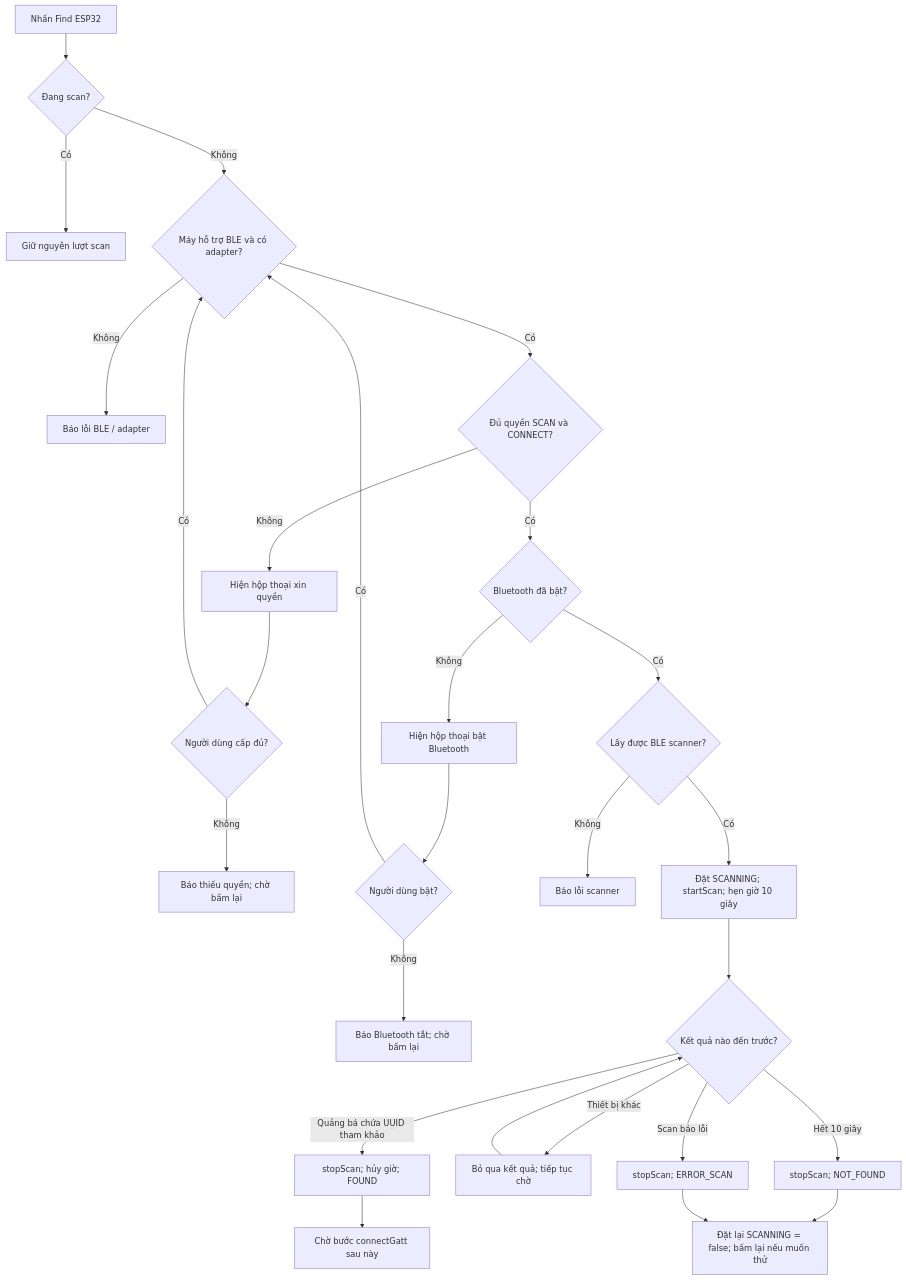
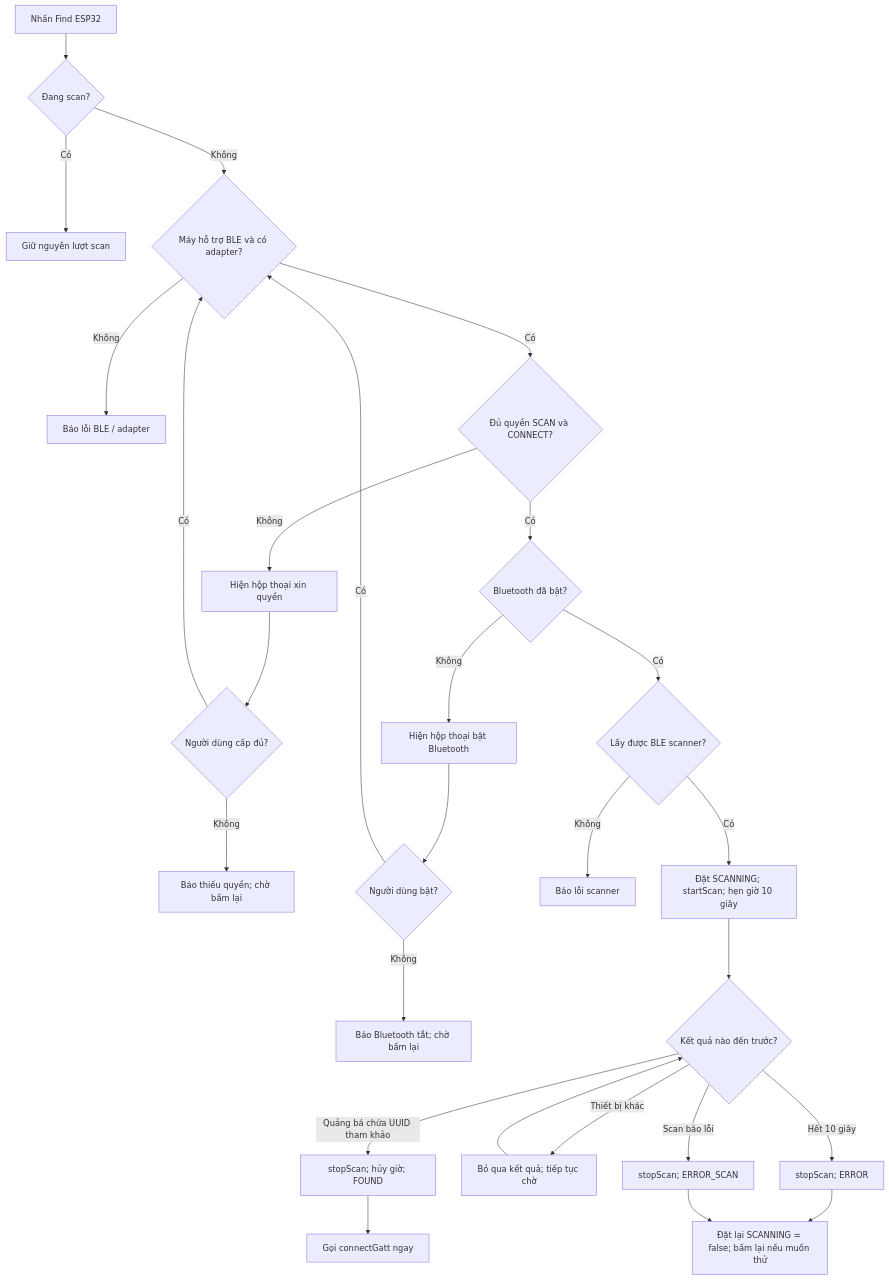
The diagram in BLE_SCAN_FLOW.md (NTHieu-bk/SmartKeyAccess), drawn with Mermaid before and after one commit. The commit also changed other lines of this file and 7 other files, not shown here.

````diff
--- a/BLE_SCAN_FLOW.md
+++ b/BLE_SCAN_FLOW.md
@@ -5,29 +5,29 @@
 ```mermaid
 flowchart TD
     A[Nhấn Find ESP32] --> B{Đang scan?}
     B -- Có --> Z[Giữ nguyên lượt scan]
     B -- Không --> C{Máy hỗ trợ BLE và có adapter?}
     C -- Không --> C1[Báo lỗi BLE / adapter]
     C -- Có --> D{Đủ quyền SCAN và CONNECT?}
     D -- Không --> D1[Hiện hộp thoại xin quyền]
     D1 --> D2{Người dùng cấp đủ?}
     D2 -- Không --> D3[Báo thiếu quyền; chờ bấm lại]
     D2 -- Có --> C
     D -- Có --> E{Bluetooth đã bật?}
     E -- Không --> E1[Hiện hộp thoại bật Bluetooth]
     E1 --> E2{Người dùng bật?}
     E2 -- Không --> E3[Báo Bluetooth tắt; chờ bấm lại]
     E2 -- Có --> C
     E -- Có --> F{Lấy được BLE scanner?}
     F -- Không --> F1[Báo lỗi scanner]
     F -- Có --> G[Đặt SCANNING; startScan; hẹn giờ 10 giây]
     G --> H{Kết quả nào đến trước?}
     H -- Quảng bá chứa UUID tham khảo --> I[stopScan; hủy giờ; FOUND]
     H -- Thiết bị khác --> H1[Bỏ qua kết quả; tiếp tục chờ]
     H1 --> H
-    H -- Hết 10 giây --> J[stopScan; NOT_FOUND]
+    H -- Hết 10 giây --> J[stopScan; ERROR]
     H -- Scan báo lỗi --> K[stopScan; ERROR_SCAN]
-    I --> L[Chờ bước connectGatt sau này]
+    I --> L[Gọi connectGatt ngay]
     J --> M[Đặt lại SCANNING = false; bấm lại nếu muốn thử]
     K --> M
 ```
````
